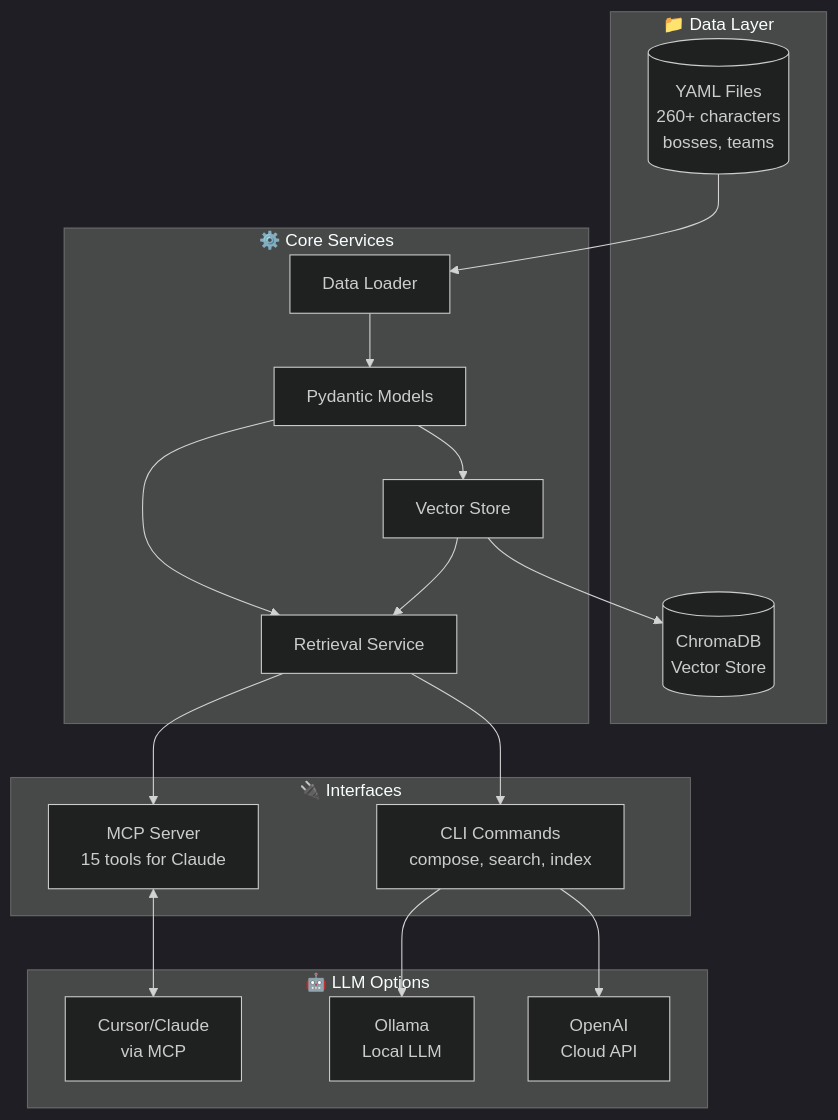
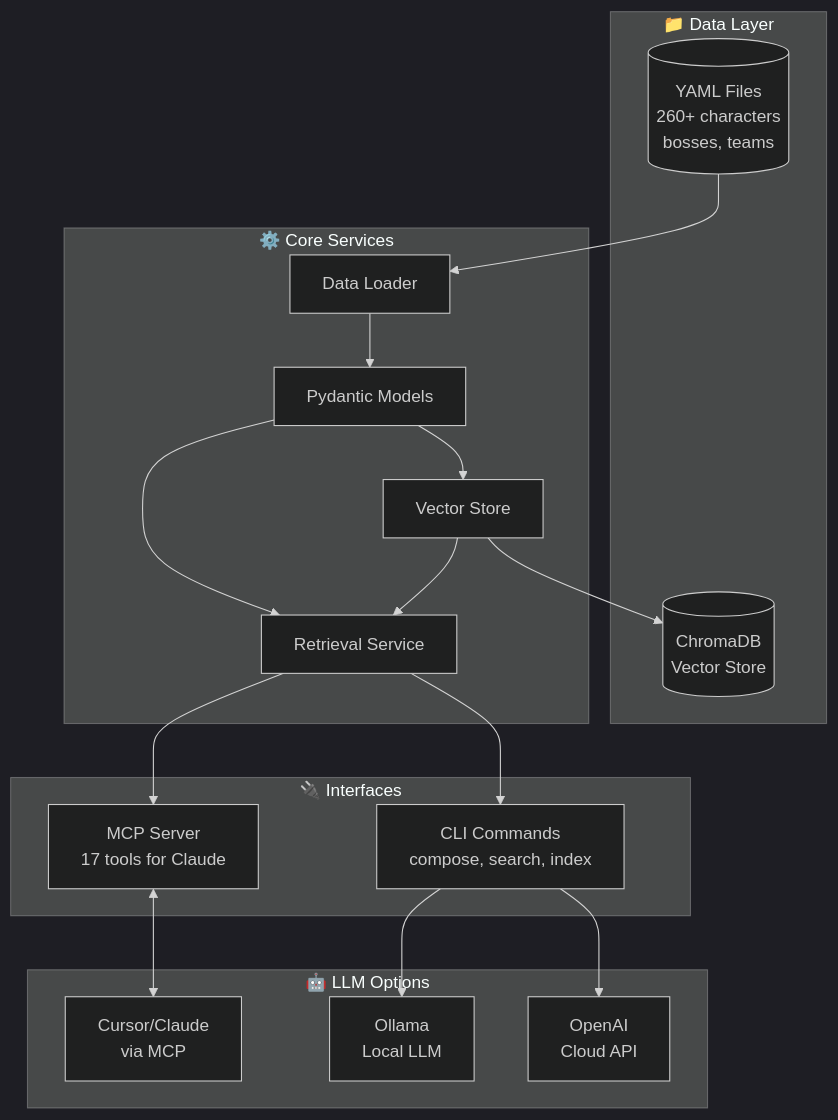
Before and after one commit to domgan/cotc-tactician: the first of 2 diagrams in README.md, drawn with Mermaid (dark theme). The commit also changed other lines of this file and 9 other files, not shown here.

````diff
--- a/README.md
+++ b/README.md
@@ -224,39 +224,39 @@
 ```mermaid
 flowchart TB
     subgraph data ["📁 Data Layer"]
         yaml[(YAML Files<br/>260+ characters<br/>bosses, teams)]
         chromadb[(ChromaDB<br/>Vector Store)]
     end
 
     subgraph core ["⚙️ Core Services"]
         loader[Data Loader]
         models[Pydantic Models]
         retrieval[Retrieval Service]
         vectors[Vector Store]
     end
 
     subgraph interfaces ["🔌 Interfaces"]
         cli[CLI Commands<br/>compose, search, index]
-        mcp[MCP Server<br/>15 tools for Claude]
+        mcp[MCP Server<br/>17 tools for Claude]
     end
 
     subgraph llm ["🤖 LLM Options"]
         cursor[Cursor/Claude<br/>via MCP]
         ollama[Ollama<br/>Local LLM]
         openai[OpenAI<br/>Cloud API]
     end
 
     yaml --> loader
     loader --> models
     models --> vectors
     vectors --> chromadb
     models --> retrieval
     vectors --> retrieval
     
     retrieval --> cli
     retrieval --> mcp
     
     cli --> ollama
     cli --> openai
     mcp <--> cursor
 ```
````
